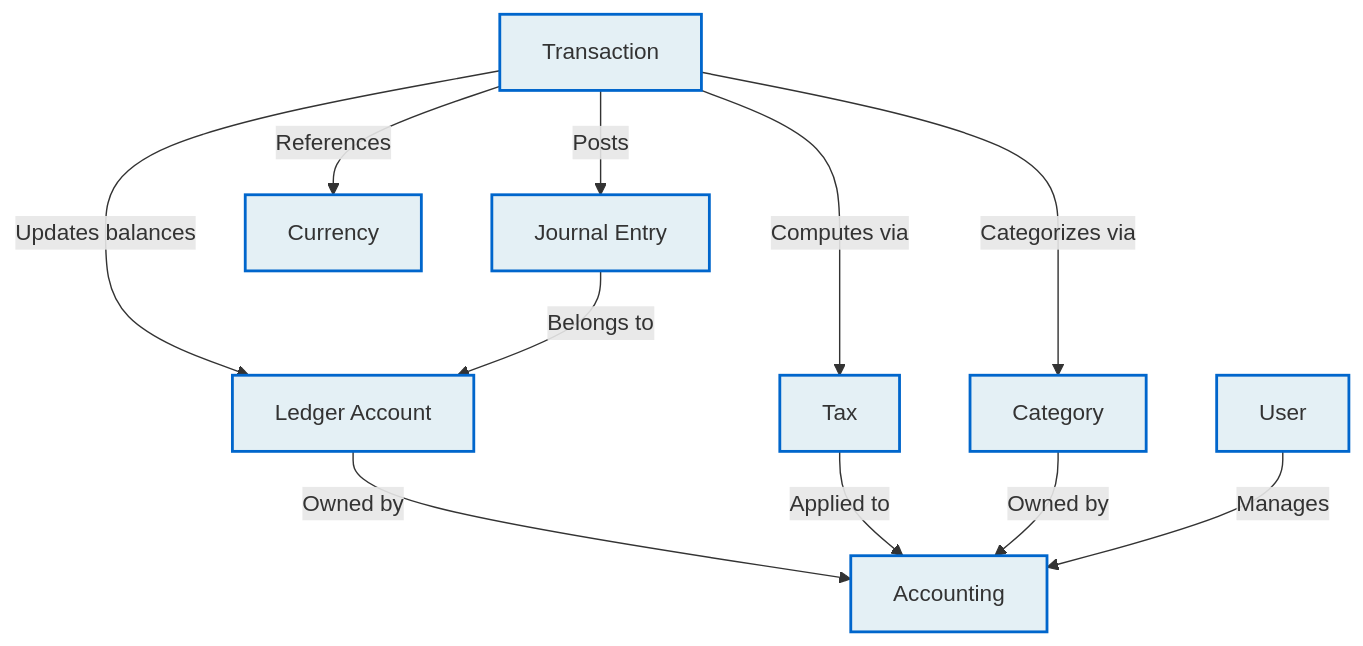
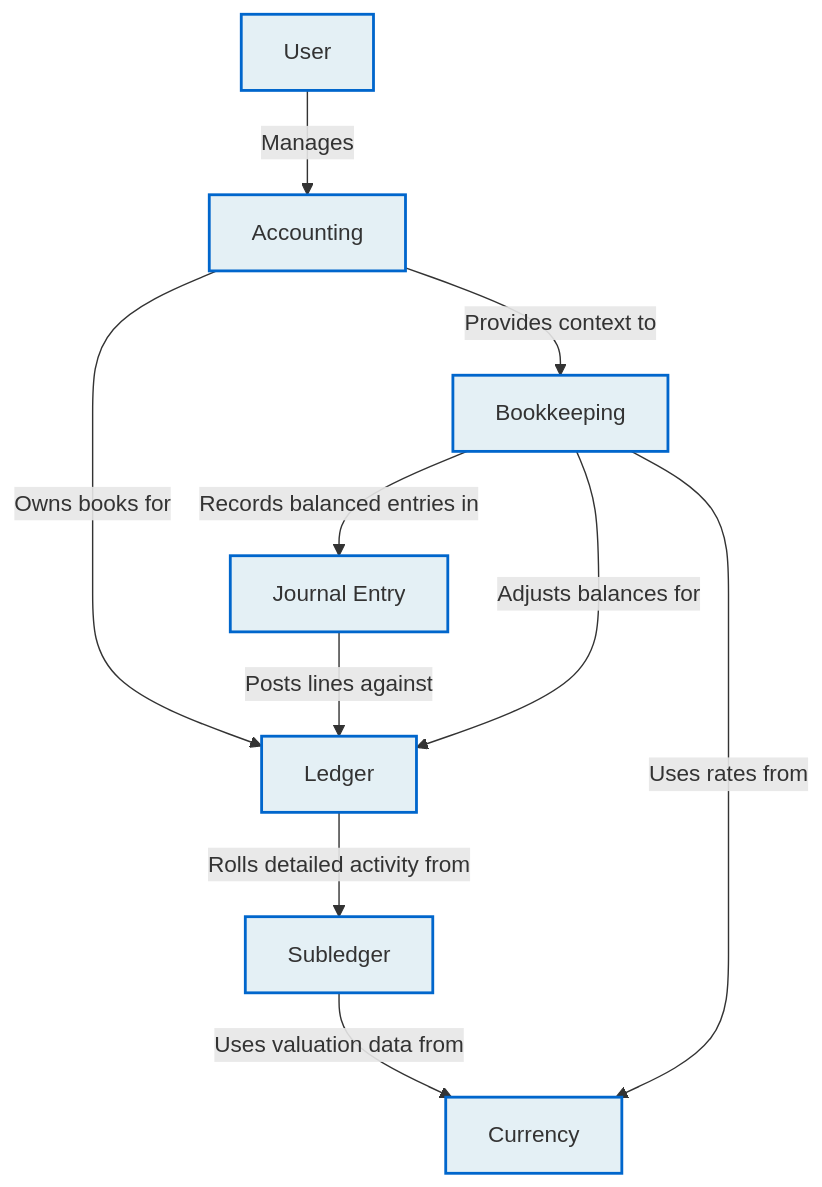
The diagram in docs/assets/05.2-level-2-domain.mermaid (oosahon/drimsheet-core), drawn with Mermaid before and after one commit. The commit also changed 476 other files, not shown here.

```diff
--- a/docs/assets/05.2-level-2-domain.mermaid
+++ b/docs/assets/05.2-level-2-domain.mermaid
@@ -1,25 +1,23 @@
 ---
 config:
   layout: dagre
 ---
 flowchart TB
-    Transaction["Transaction"] -- Posts --> JournalEntry["Journal Entry"]
-    Transaction -- Updates balances --> LedgerAccount["Ledger Account"]
-    Transaction -- Computes via --> Tax["Tax"]
-    Transaction -- References --> Currency["Currency"]
-    Transaction -- Categorizes via --> Category["Category"]
-    JournalEntry -- Belongs to --> LedgerAccount
-    LedgerAccount -- Owned by --> Accounting["Accounting"]
-    Tax -- Applied to --> Accounting
-    Category -- Owned by --> Accounting
+    Accounting["Accounting"] -- Owns books for --> Ledger["Ledger"]
+    Accounting -- Provides context to --> Bookkeeping["Bookkeeping"]
+    Bookkeeping -- Records balanced entries in --> JournalEntry["Journal Entry"]
+    Bookkeeping -- Adjusts balances for --> Ledger
+    Bookkeeping -- Uses rates from --> Currency["Currency"]
+    JournalEntry -- Posts lines against --> Ledger
+    Ledger -- Rolls detailed activity from --> Subledger["Subledger"]
+    Subledger -- Uses valuation data from --> Currency
     User["User"] -- Manages --> Accounting
 
-     Transaction:::domainBox
+     Bookkeeping:::domainBox
      JournalEntry:::domainBox
-     LedgerAccount:::domainBox
-     Tax:::domainBox
+     Ledger:::domainBox
      Currency:::domainBox
-     Category:::domainBox
+     Subledger:::domainBox
      Accounting:::domainBox
      User:::domainBox
     classDef domainBox fill:#e4f0f5,stroke:#0066cc,stroke-width:2px
```
